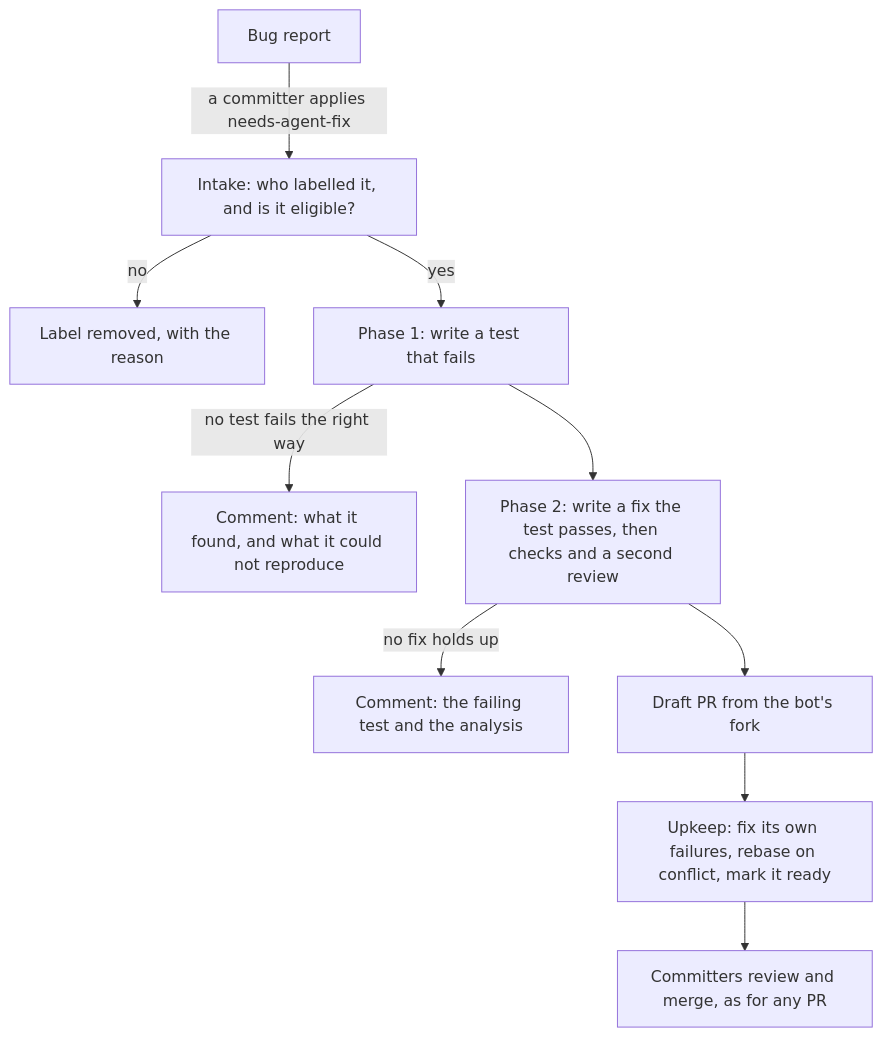
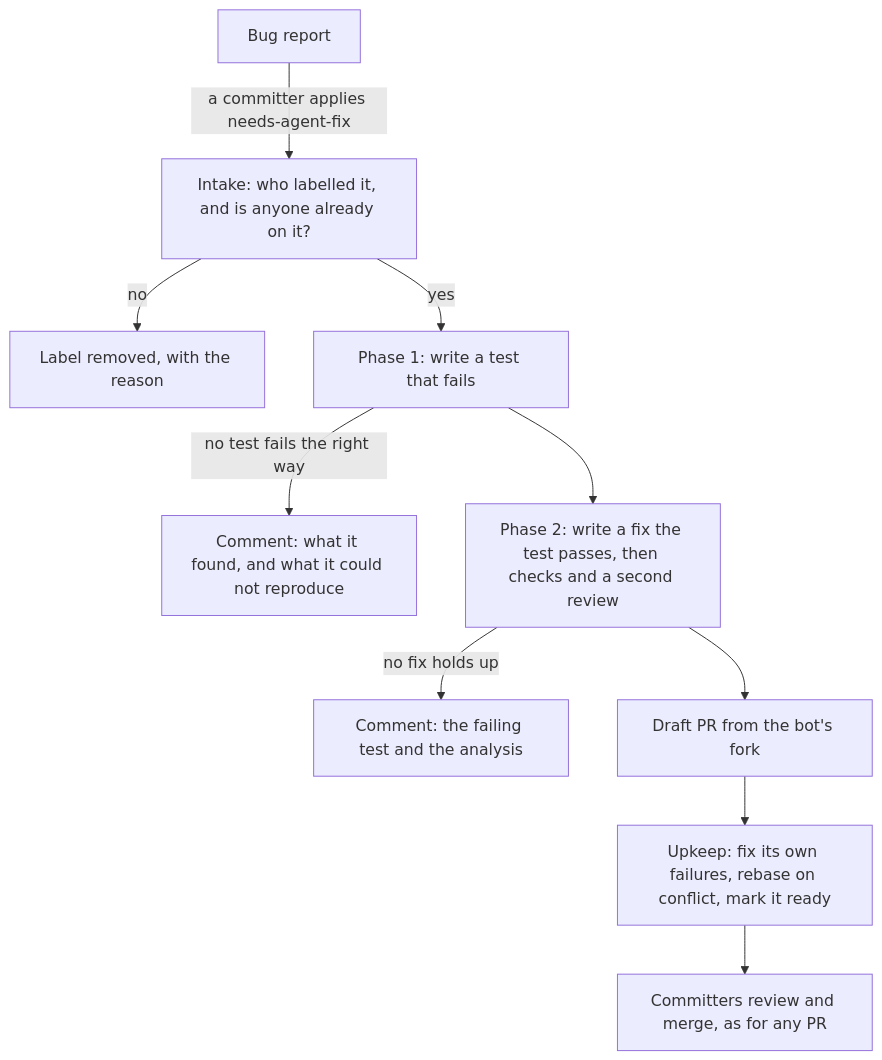
Before and after one commit to sarthakaggarwal97/valkey-ci-agent: the first of 5 diagrams in docs/design/software-factory.md, drawn with Mermaid. The commit also changed other lines of this file, not shown here.

````diff
--- a/docs/design/software-factory.md
+++ b/docs/design/software-factory.md
@@ -12,12 +12,12 @@
 ```mermaid
 flowchart TD
-    A["Bug report"] -->|"a committer applies needs-agent-fix"| B["Intake: who labelled it, and is it eligible?"]
+    A["Bug report"] -->|"a committer applies needs-agent-fix"| B["Intake: who labelled it, and is anyone already on it?"]
     B -->|"no"| X["Label removed, with the reason"]
     B -->|"yes"| C["Phase 1: write a test that fails"]
     C -->|"no test fails the right way"| D["Comment: what it found, and what it could not reproduce"]
     C --> E["Phase 2: write a fix the test passes, then checks and a second review"]
     E -->|"no fix holds up"| F["Comment: the failing test and the analysis"]
     E --> G["Draft PR from the bot's fork"]
     G --> H["Upkeep: fix its own failures, rebase on conflict, mark it ready"]
     H --> I["Committers review and merge, as for any PR"]
 ```
````
